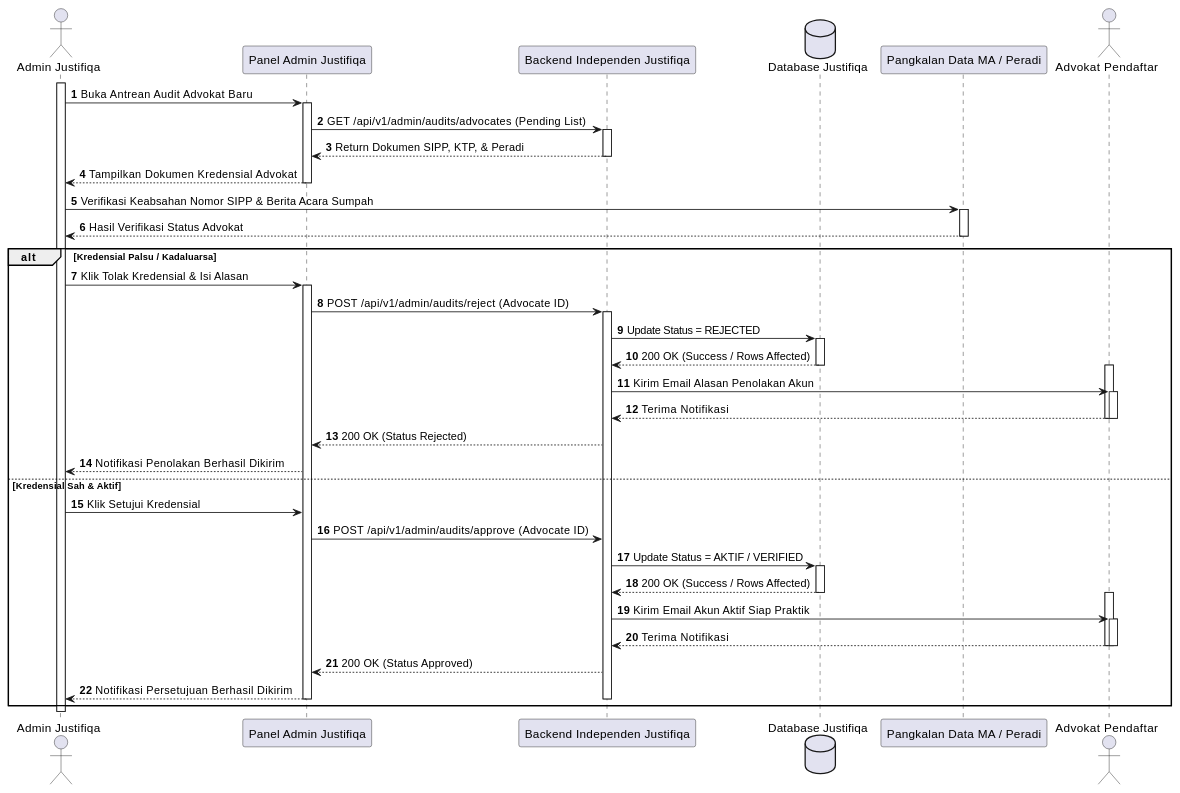
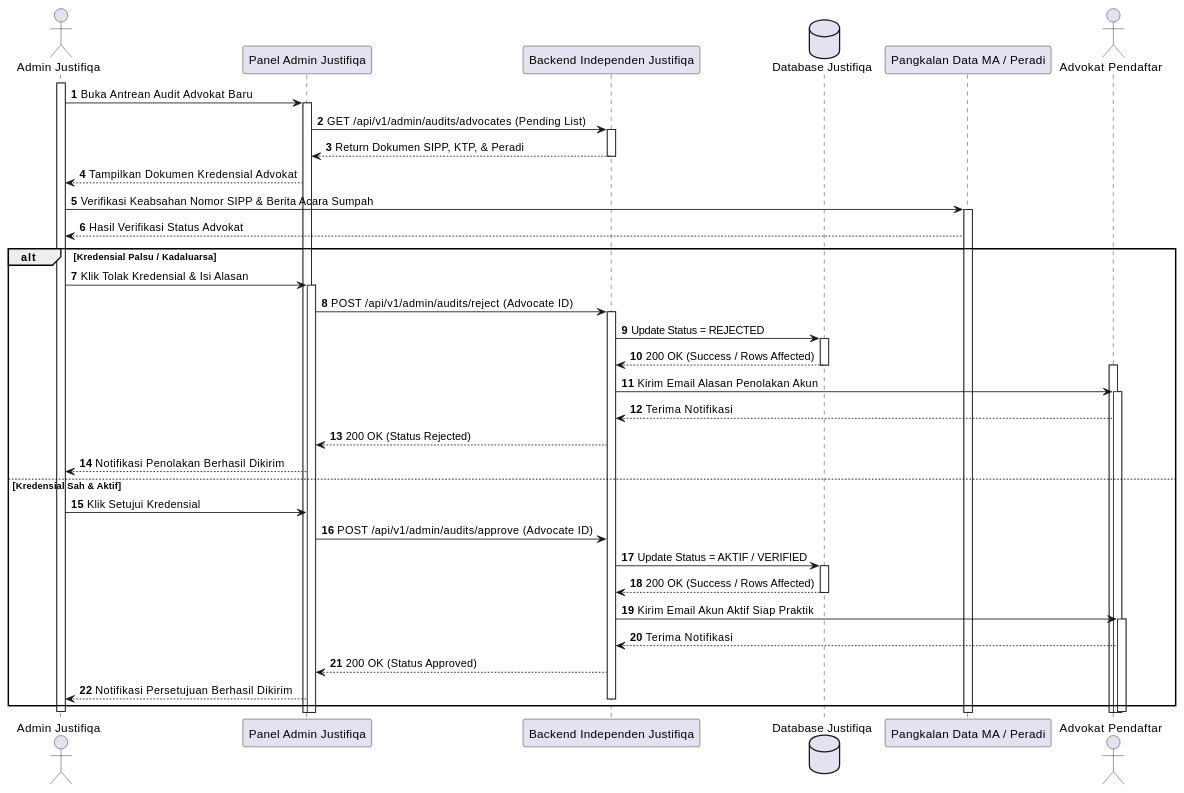
Before and after one commit to tupperwureism/SuperApp-Gagal: the ninth of 27 diagrams in MarkDown/plantuml_sequence_diagrams.md, drawn with PlantUML. The commit also changed other lines of this file and 2 other files, not shown here.

Commit message:
fix(uml): remove shorthand deactivations from actor return arrows and prevent double deactivations across SD Justifiqa and Qualifa

````diff
--- a/MarkDown/plantuml_sequence_diagrams.md
+++ b/MarkDown/plantuml_sequence_diagrams.md
@@ -412,47 +406,43 @@
 ```plantuml
 @startuml
 autonumber
 actor "Admin Justifiqa" as Admin
 participant "Panel Admin Justifiqa" as FE
 participant "Backend Independen Justifiqa" as BE
 database "Database Justifiqa" as DB
 participant "Pangkalan Data MA / Peradi" as Peradi
 actor "Advokat Pendaftar" as Mitra
 
 activate Admin
 Admin -> FE ++ : Buka Antrean Audit Advokat Baru
 FE -> BE ++ : GET /api/v1/admin/audits/advocates (Pending List)
 BE --> FE -- : Return Dokumen SIPP, KTP, & Peradi
-FE --> Admin -- : Tampilkan Dokumen Kredensial Advokat
+FE --> Admin : Tampilkan Dokumen Kredensial Advokat
 Admin -> Peradi ++ : Verifikasi Keabsahan Nomor SIPP & Berita Acara Sumpah
-Peradi --> Admin -- : Hasil Verifikasi Status Advokat
+Peradi --> Admin : Hasil Verifikasi Status Advokat
 
 alt Kredensial Palsu / Kadaluarsa
     Admin -> FE ++ : Klik Tolak Kredensial & Isi Alasan
     FE -> BE ++ : POST /api/v1/admin/audits/reject (Advocate ID)
     BE -> DB ++ : Update Status = REJECTED
     DB --> BE -- : 200 OK (Success / Rows Affected)
-    activate Mitra
+activate Mitra
     BE -> Mitra ++ : Kirim Email Alasan Penolakan Akun
     Mitra --> BE : Terima Notifikasi
-    deactivate Mitra
-    deactivate Mitra
     BE --> FE : 200 OK (Status Rejected)
     FE --> Admin : Notifikasi Penolakan Berhasil Dikirim
 else Kredensial Sah & Aktif
     Admin -> FE : Klik Setujui Kredensial
     FE -> BE : POST /api/v1/admin/audits/approve (Advocate ID)
     BE -> DB ++ : Update Status = AKTIF / VERIFIED
     DB --> BE -- : 200 OK (Success / Rows Affected)
-    activate Mitra
     BE -> Mitra ++ : Kirim Email Akun Aktif Siap Praktik
     Mitra --> BE : Terima Notifikasi
-    deactivate Mitra
-    deactivate Mitra
     BE --> FE : 200 OK (Status Approved)
-    FE --> Admin -- : Notifikasi Persetujuan Berhasil Dikirim
+    FE --> Admin : Notifikasi Persetujuan Berhasil Dikirim
     deactivate BE
 end
 deactivate Admin
+deactivate Mitra
 @enduml
 ```
````
